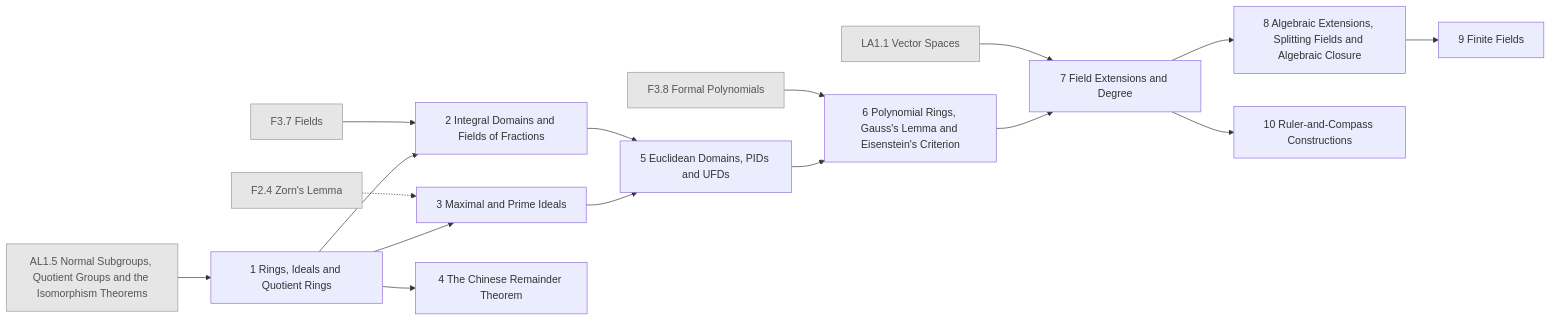
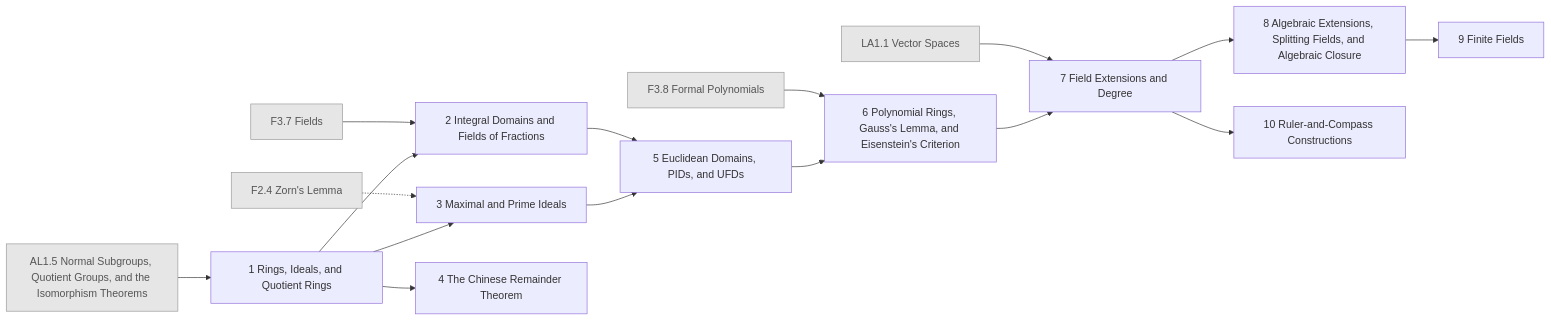
Before and after one commit to AkizumiFox/math-atlas: diagram 13 of 26 in generated/README.md, drawn with Mermaid. The commit also changed other lines of this file and 24 other files, not shown here.

````diff
--- a/generated/README.md
+++ b/generated/README.md
@@ -359,36 +359,36 @@
 ```mermaid
 flowchart LR
   F2_4["F2.4 Zorn's Lemma"]:::ext
   F3_7["F3.7 Fields"]:::ext
   F3_8["F3.8 Formal Polynomials"]:::ext
   LA1_1["LA1.1 Vector Spaces"]:::ext
-  AL1_5["AL1.5 Normal Subgroups, Quotient Groups and the Isomorphism Theorems"]:::ext
-  AL2_1["1 Rings, Ideals and Quotient Rings"]
+  AL1_5["AL1.5 Normal Subgroups, Quotient Groups, and the Isomorphism Theorems"]:::ext
+  AL2_1["1 Rings, Ideals, and Quotient Rings"]
   AL2_2["2 Integral Domains and Fields of Fractions"]
   AL2_3["3 Maximal and Prime Ideals"]
   AL2_4["4 The Chinese Remainder Theorem"]
-  AL2_5["5 Euclidean Domains, PIDs and UFDs"]
-  AL2_6["6 Polynomial Rings, Gauss's Lemma and Eisenstein's Criterion"]
+  AL2_5["5 Euclidean Domains, PIDs, and UFDs"]
+  AL2_6["6 Polynomial Rings, Gauss's Lemma, and Eisenstein's Criterion"]
   AL2_7["7 Field Extensions and Degree"]
-  AL2_8["8 Algebraic Extensions, Splitting Fields and Algebraic Closure"]
+  AL2_8["8 Algebraic Extensions, Splitting Fields, and Algebraic Closure"]
   AL2_9["9 Finite Fields"]
   AL2_10["10 Ruler-and-Compass Constructions"]
   AL1_5 --> AL2_1
   F3_7 --> AL2_2
   AL2_1 --> AL2_2
   F2_4 -.-> AL2_3
   AL2_1 --> AL2_3
   AL2_1 --> AL2_4
   AL2_2 --> AL2_5
   AL2_3 --> AL2_5
   F3_8 --> AL2_6
   AL2_5 --> AL2_6
   LA1_1 --> AL2_7
   AL2_6 --> AL2_7
   AL2_7 --> AL2_8
   AL2_8 --> AL2_9
   AL2_7 --> AL2_10
   classDef ext fill:#e6e6e6,stroke:#999,color:#555
   classDef opt fill:#fff,stroke:#999,stroke-dasharray:4 3,color:#555
   classDef segb fill:#f6f6fb,stroke:#99a,color:#333
 ```
````
